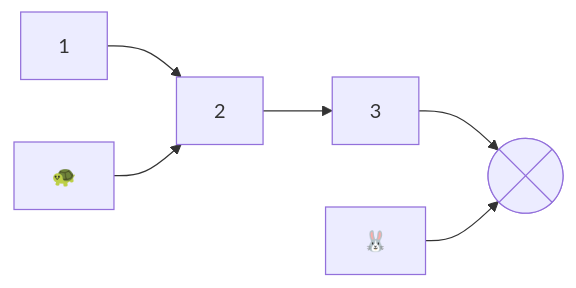
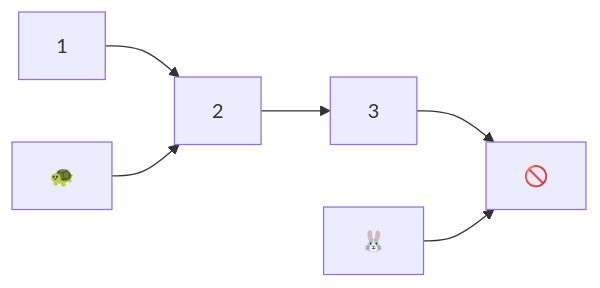
Before and after one commit to raganwald/raganwald.github.com: the eighth of 9 diagrams in _posts/2026-02-15-nuralagus-rex.md, drawn with Mermaid. The commit also changed other lines of this file, not shown here.

```diff
--- a/_posts/2026-02-15-nuralagus-rex.md
+++ b/_posts/2026-02-15-nuralagus-rex.md
@@ -174,14 +174,14 @@
 <div class="mermaid">
   graph LR
     
     tortoise3["🐢"]
     hare3["🐰"]
     b["1"]
     c["2"]
     d["3"]
-    Empty@{ shape: cross-circ }
+    Empty["🚫"]
 
     b-->c-->d-->Empty
     tortoise3-->c
     hare3-->Empty
 </div>
```
